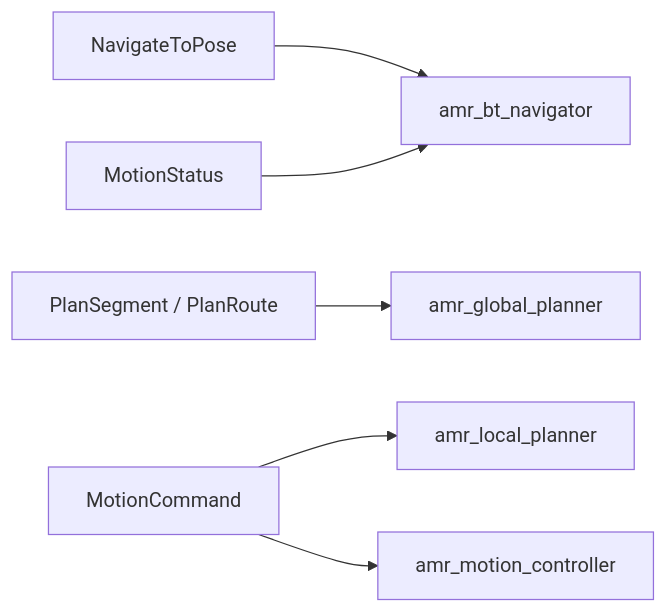
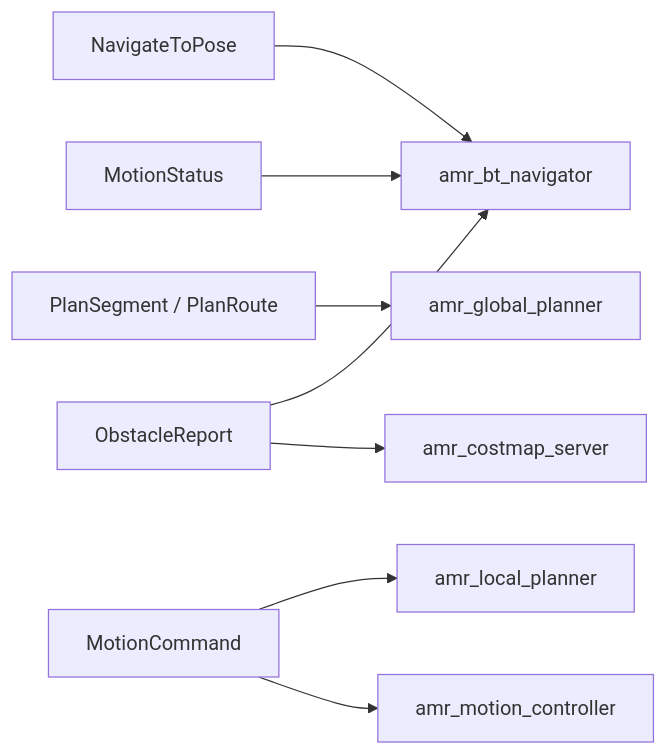
One commit to reidlo5135/ros-amr-navigation changed the diagram in amr_msgs/README.md. Above: the diagram before and after it, drawn with Mermaid. The commit also changed other lines of this file and 33 other files, not shown here.

Commit message:
refactor: introduce obstacle detection and centralized costmap ownership

````diff
--- a/amr_msgs/README.md
+++ b/amr_msgs/README.md
@@ -33,8 +35,10 @@
 ```mermaid
 flowchart LR
     A[NavigateToPose] --> B[amr_bt_navigator]
     C[PlanSegment / PlanRoute] --> D[amr_global_planner]
     E[MotionCommand] --> F[amr_local_planner]
     E --> G[amr_motion_controller]
     H[MotionStatus] --> B
+    I[ObstacleReport] --> B
+    I --> J[amr_costmap_server]
 ```
````
